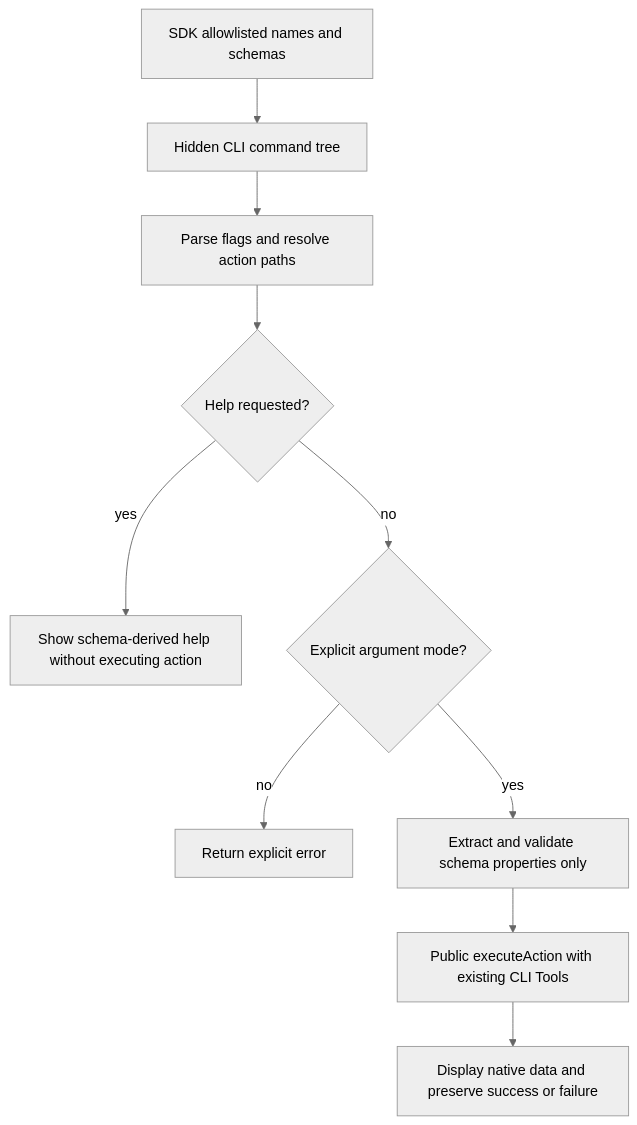
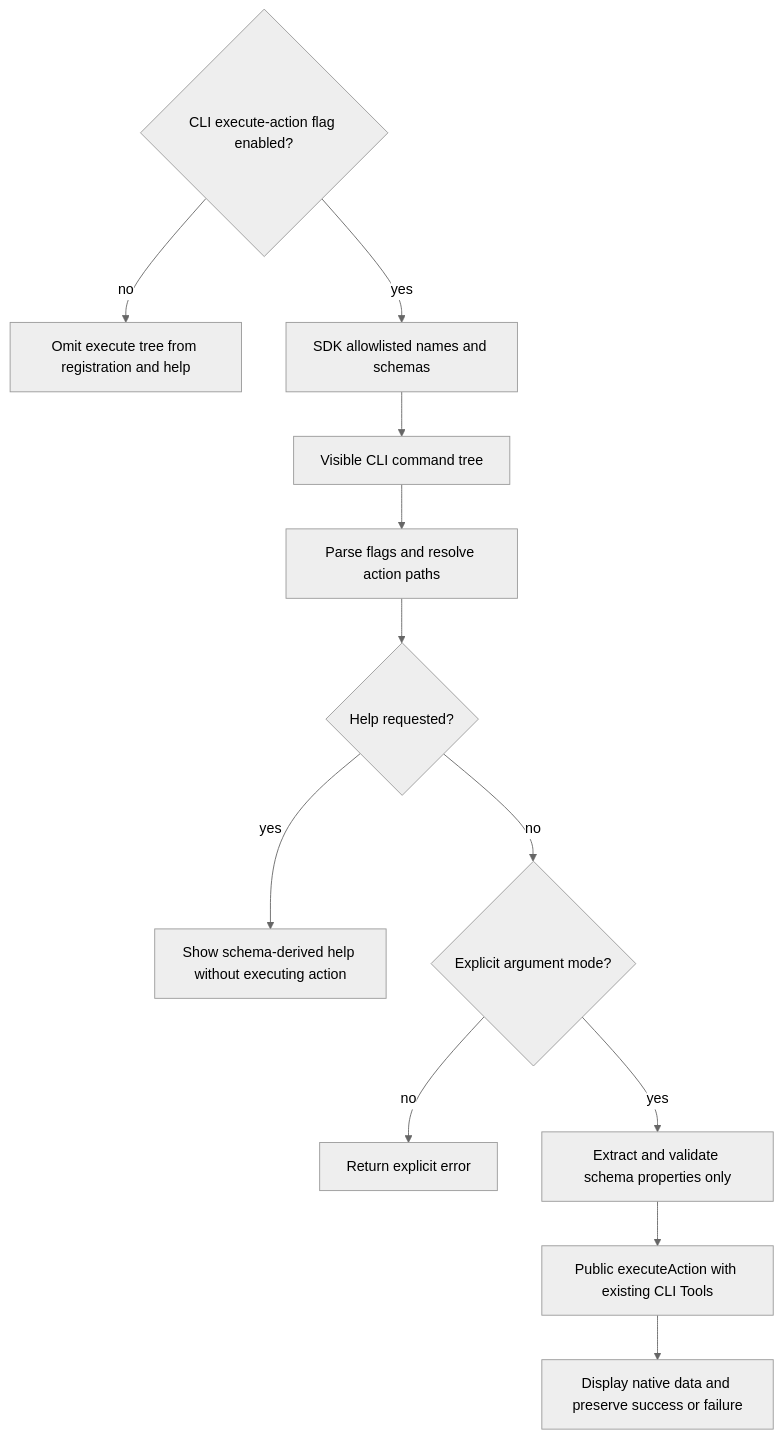
One commit to OfficeDev/microsoft-365-agents-toolkit changed the diagram in docs/03-specs/operations/lifecycle/execute-action-cli.md. Above: the diagram before and after it, drawn with Mermaid (neutral theme). The commit also changed other lines of this file and 9 other files, not shown here.

First line of the commit message:
feat(cli): gate execute action behind a feature flag

````diff
--- a/docs/03-specs/operations/lifecycle/execute-action-cli.md
+++ b/docs/03-specs/operations/lifecycle/execute-action-cli.md
@@ -61,12 +67,14 @@
 ```mermaid
 flowchart TD
-  Names[SDK allowlisted names and schemas] --> Model[Hidden CLI command tree]
+  Flag{CLI execute-action flag enabled?} -->|no| Disabled[Omit execute tree from registration and help]
+  Flag -->|yes| Names[SDK allowlisted names and schemas]
+  Names --> Model[Visible CLI command tree]
   Model --> Parse[Parse flags and resolve action paths]
   Parse --> Help{Help requested?}
   Help -->|yes| Show[Show schema-derived help without executing action]
   Help -->|no| Interactive{Explicit argument mode?}
   Interactive -->|no| Reject[Return explicit error]
   Interactive -->|yes| Args[Extract and validate schema properties only]
   Args --> SDK[Public executeAction with existing CLI Tools]
   SDK --> Render[Display native data and preserve success or failure]
 ```
````
